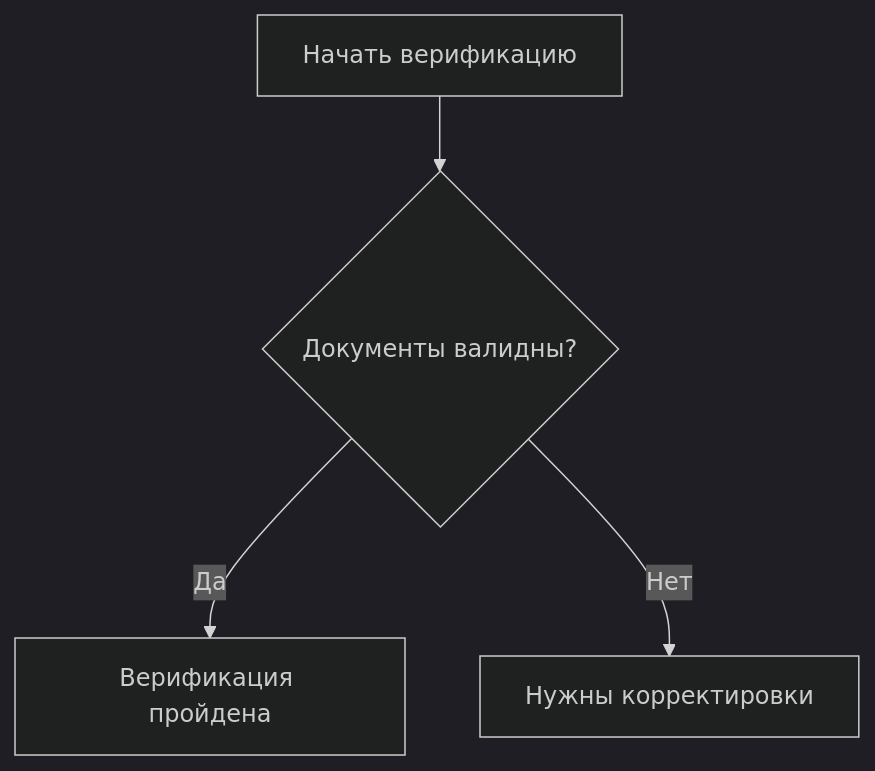
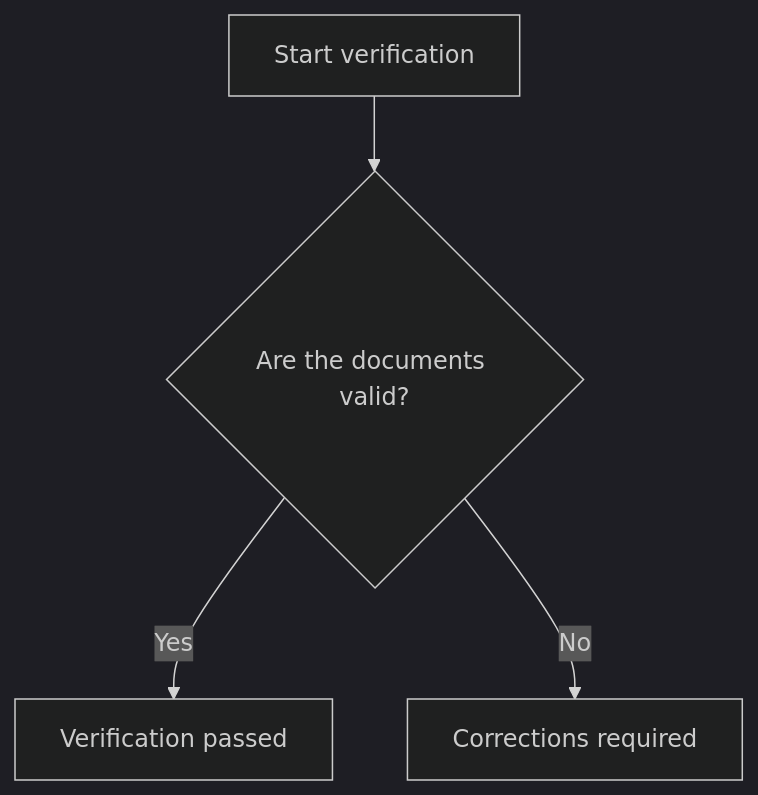
Before and after one commit to bnku/mdmm: the diagram in examples/shared/verification-fragment.md, drawn with Mermaid (dark theme). The commit also changed other lines of this file and 20 other files, not shown here.

First line of the commit message:
refactor(core): rename whole-diagram to diagram terminology

````diff
--- a/examples/shared/verification-fragment.md
+++ b/examples/shared/verification-fragment.md
@@ -3,7 +3,7 @@
 ```mermaid
 flowchart TD
-entry[Начать верификацию]
-entry --> check{Документы валидны?}
-check -- Да --> success[Верификация пройдена]
-check -- Нет --> fail[Нужны корректировки]
+entry[Start verification]
+entry --> check{Are the documents valid?}
+check -- Yes --> success[Verification passed]
+check -- No --> fail[Corrections required]
 ```
````
